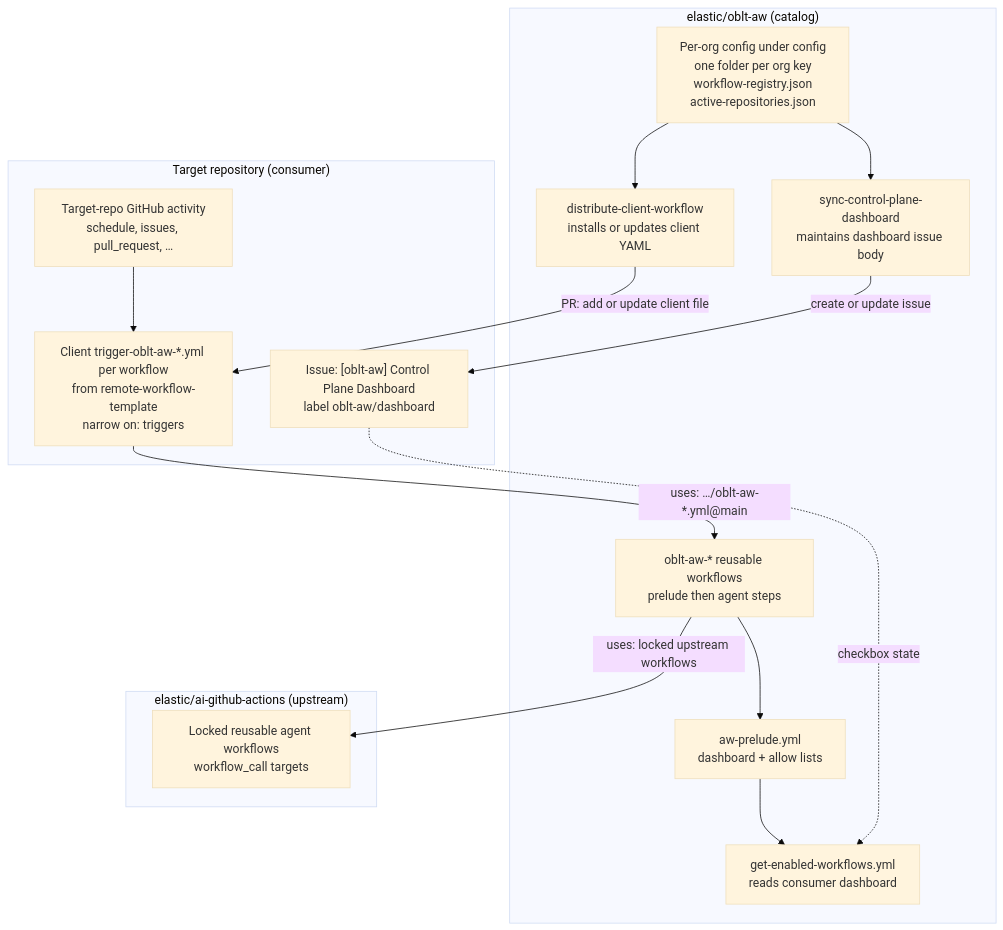
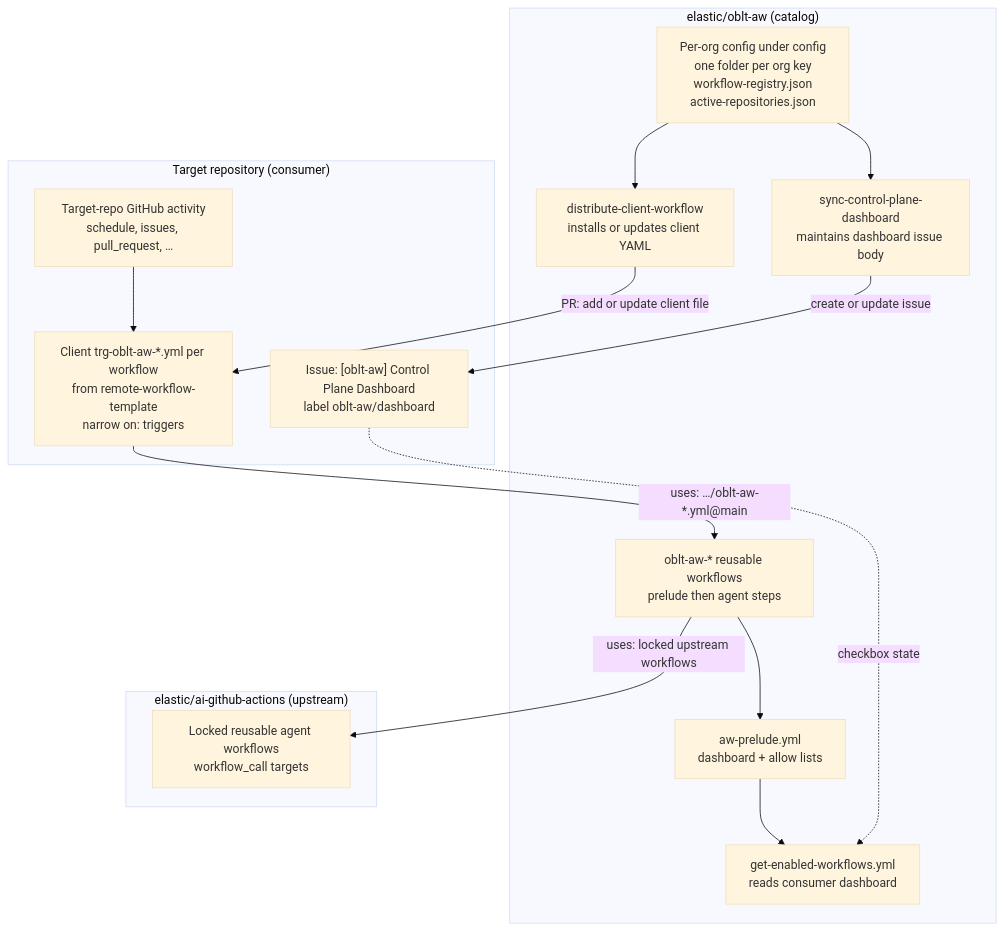
One commit to elastic/oblt-aw changed the first of 4 diagrams in docs/architecture/overview.md. Above: the diagram before and after it, drawn with Mermaid (base theme). The commit also changed other lines of this file and 50 other files, not shown here.

First line of the commit message:
refactor(templates): shorten client prefix from trigger- to trg-

````diff
--- a/docs/architecture/overview.md
+++ b/docs/architecture/overview.md
@@ -49,32 +49,32 @@
 ```mermaid
 flowchart TB
   subgraph OBLT["elastic/oblt-aw (catalog)"]
     CFG["Per-org config under config\none folder per org key\nworkflow-registry.json\nactive-repositories.json"]
     DIST["distribute-client-workflow\ninstalls or updates client YAML"]
     SYNC["sync-control-plane-dashboard\nmaintains dashboard issue body"]
     PRE["aw-prelude.yml\ndashboard + allow lists"]
     GET["get-enabled-workflows.yml\nreads consumer dashboard"]
     GHA["oblt-aw-* reusable workflows\nprelude then agent steps"]
     CFG --> DIST
     CFG --> SYNC
     PRE --> GET
     GHA --> PRE
   end
 
   subgraph UP["elastic/ai-github-actions (upstream)"]
     LOCK["Locked reusable agent workflows\nworkflow_call targets"]
   end
 
   subgraph CON["Target repository (consumer)"]
     EVT["Target-repo GitHub activity\nschedule, issues, pull_request, …"]
-    CLIENT["Client trigger-oblt-aw-*.yml per workflow\nfrom remote-workflow-template\nnarrow on: triggers"]
+    CLIENT["Client trg-oblt-aw-*.yml per workflow\nfrom remote-workflow-template\nnarrow on: triggers"]
     DASH["Issue: [oblt-aw] Control Plane Dashboard\nlabel oblt-aw/dashboard"]
     EVT --> CLIENT
     DASH -.->|checkbox state| GET
   end
 
   DIST -->|PR: add or update client file| CLIENT
   SYNC -->|create or update issue| DASH
   CLIENT -->|uses: …/oblt-aw-*.yml@main| GHA
   GHA -->|uses: locked upstream workflows| LOCK
 ```
````
